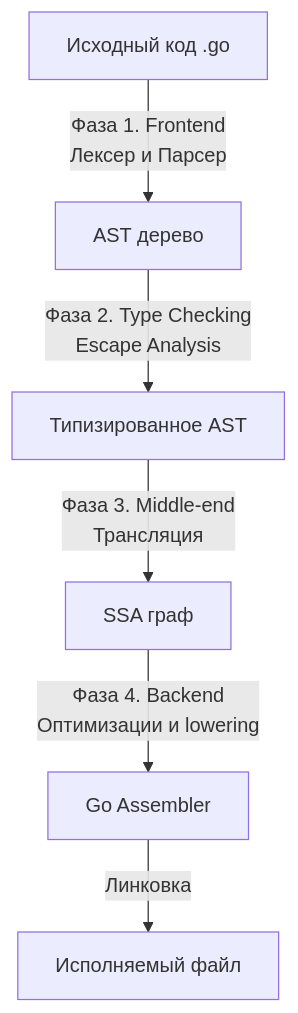
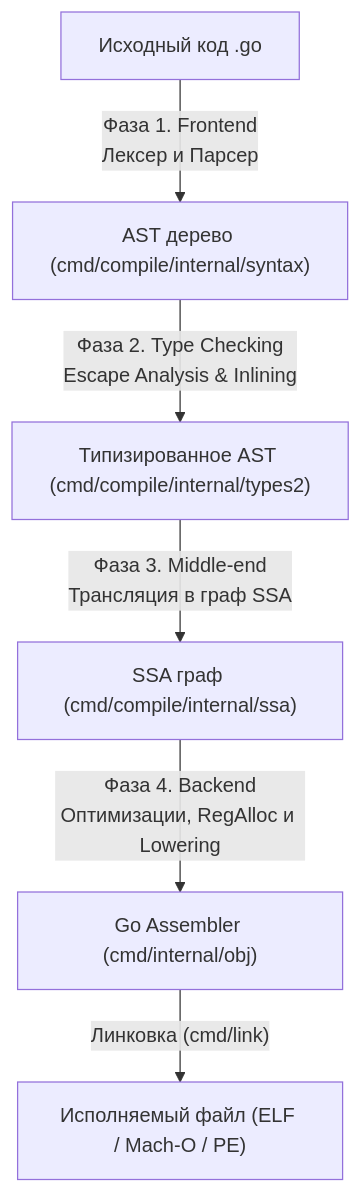
The second of 2 diagrams in sources/7. Глубокий Go (Внутреннее устройство)/2. Архитектура компилятора Go.md (UnrealTemplier/go-textbook), drawn with Mermaid before and after one commit. The commit also changed other lines of this file, not shown here.

````diff
--- a/sources/7. Глубокий Go (Внутреннее устройство)/2. Архитектура компилятора Go.md
+++ b/sources/7. Глубокий Go (Внутреннее устройство)/2. Архитектура компилятора Go.md
@@ -21,8 +42,8 @@
 ```mermaid
 flowchart TD
-    SRC["Исходный код .go"]-->|"Фаза 1. Frontend<br>Лексер и Парсер"|AST["AST дерево"]
-    AST-->|"Фаза 2. Type Checking<br>Escape Analysis"|CHECKED["Типизированное AST"]
-    CHECKED-->|"Фаза 3. Middle-end<br>Трансляция"|SSA["SSA граф"]
-    SSA-->|"Фаза 4. Backend<br>Оптимизации и lowering"|ASM["Go Assembler"]
-    ASM-->|"Линковка"|BIN["Исполняемый файл"]
+    SRC["Исходный код .go"] -->|"Фаза 1. Frontend<br>Лексер и Парсер"| AST["AST дерево (cmd/compile/internal/syntax)"]
+    AST -->|"Фаза 2. Type Checking<br>Escape Analysis & Inlining"| CHECKED["Типизированное AST (cmd/compile/internal/types2)"]
+    CHECKED -->|"Фаза 3. Middle-end<br>Трансляция в граф SSA"| SSA["SSA граф (cmd/compile/internal/ssa)"]
+    SSA -->|"Фаза 4. Backend<br>Оптимизации, RegAlloc и Lowering"| ASM["Go Assembler (cmd/internal/obj)"]
+    ASM -->|"Линковка (cmd/link)"| BIN["Исполняемый файл (ELF / Mach-O / PE)"]
 ```
````
